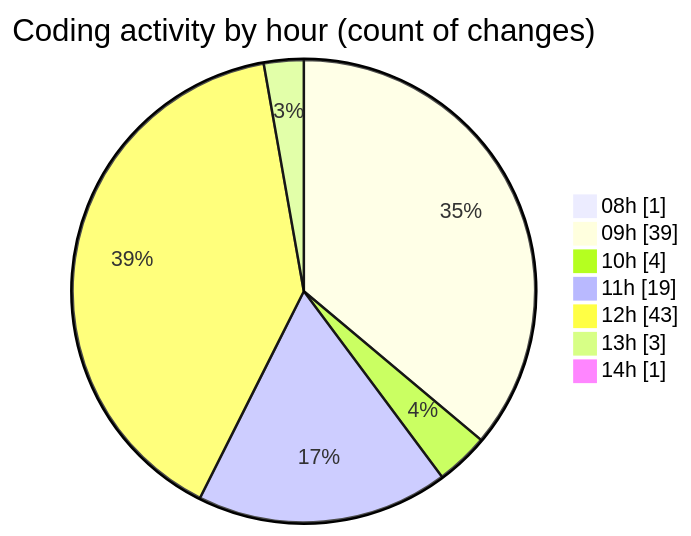
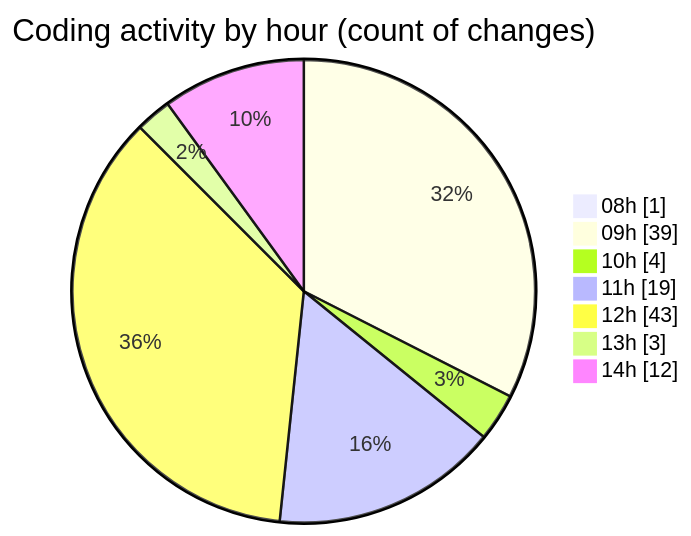
Before and after one commit to momahboobian/code-tracking: the second of 2 diagrams in 2026-08-25/cda/README.md, drawn with Mermaid. The commit also changed other lines of this file and 1 other file, not shown here.

````diff
--- a/2026-08-25/cda/README.md
+++ b/2026-08-25/cda/README.md
@@ -56,11 +61,11 @@
 ```mermaid
 pie showData
 title Coding activity by hour (count of changes)
 "08h" : 1
 "09h" : 39
 "10h" : 4
 "11h" : 19
 "12h" : 43
 "13h" : 3
-"14h" : 1
+"14h" : 12
 ```
````
